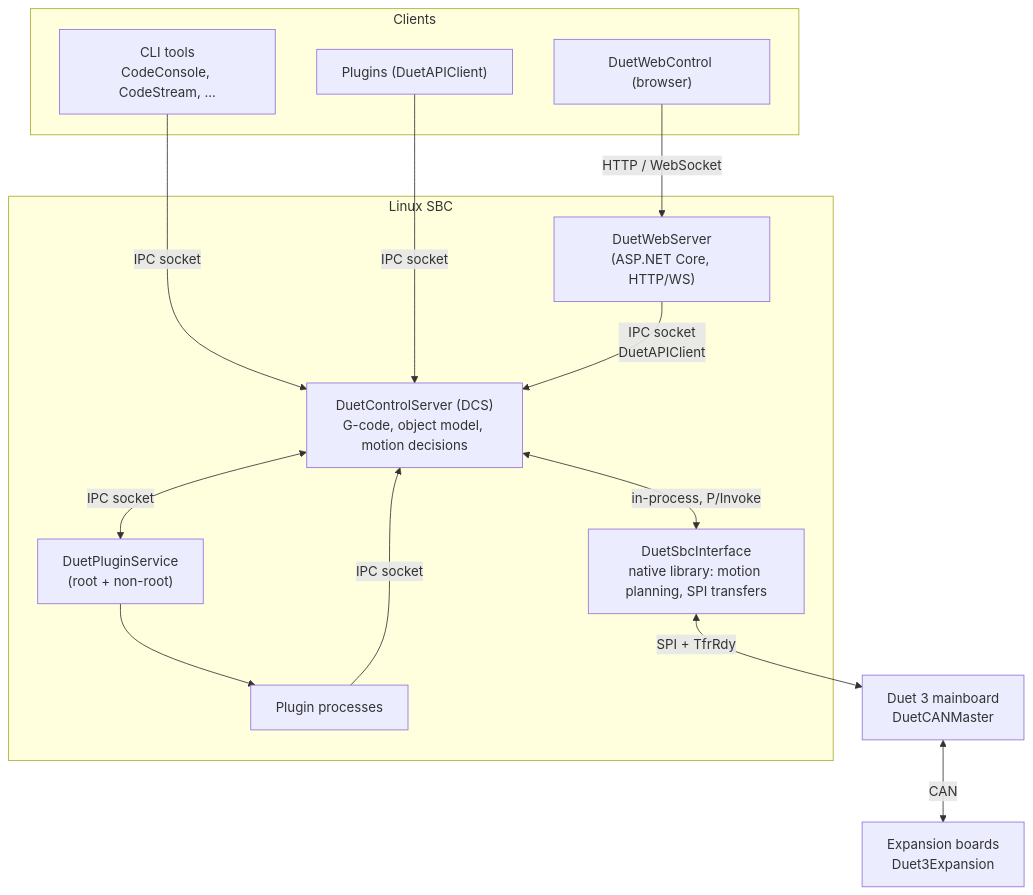
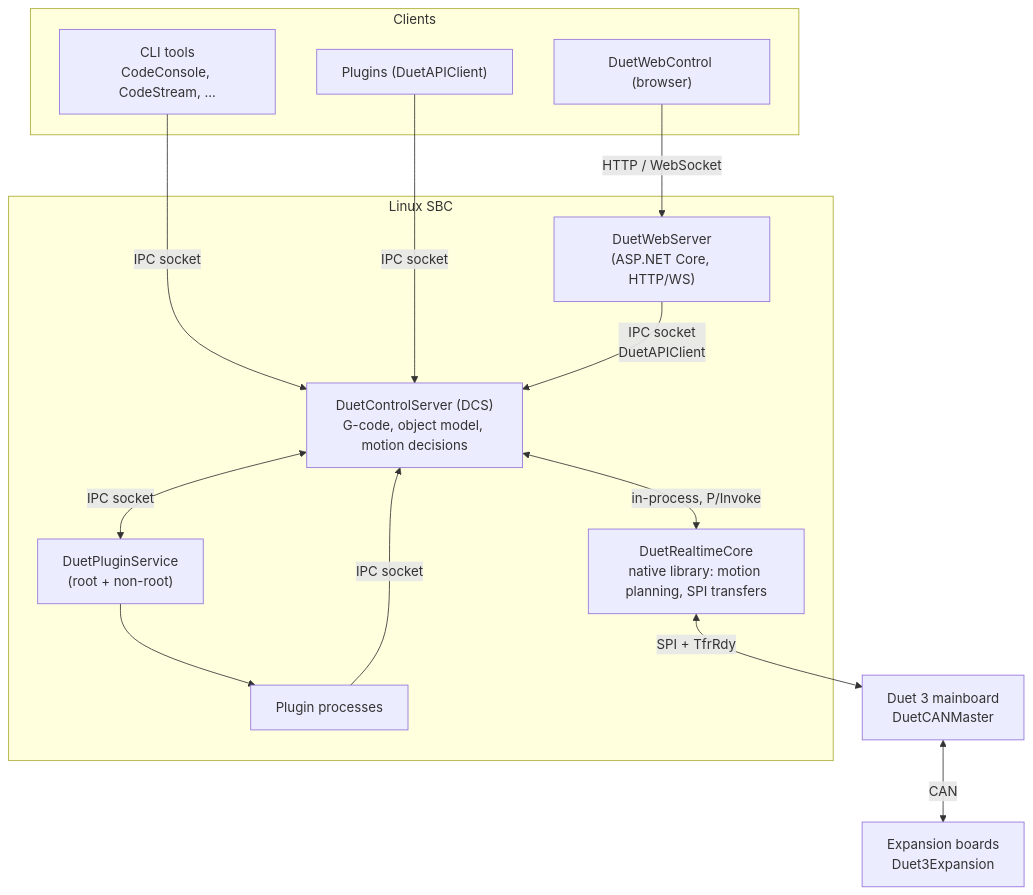
One commit to Duet3D/DuetSoftwareFramework changed the diagram in src/Documentation/articles/intro.md. Above: the diagram before and after it, drawn with Mermaid. The commit also changed other lines of this file and 154 other files, not shown here.

First line of the commit message:
refactor: rename DuetSbcInterface to DuetRealtimeCore

````diff
--- a/src/Documentation/articles/intro.md
+++ b/src/Documentation/articles/intro.md
@@ -38,30 +38,30 @@
 ```mermaid
 flowchart TB
     subgraph clients["Clients"]
         DWC["DuetWebControl (browser)"]
         CLITOOLS["CLI tools<br/>CodeConsole, CodeStream, ..."]
         EXTPLUGIN["Plugins (DuetAPIClient)"]
     end
 
     subgraph sbc["Linux SBC"]
         DWS["DuetWebServer<br/>(ASP.NET Core, HTTP/WS)"]
         DCS["DuetControlServer (DCS)<br/>G-code, object model, motion decisions"]
-        SBCI["DuetSbcInterface<br/>native library: motion planning, SPI transfers"]
+        SBCI["DuetRealtimeCore<br/>native library: motion planning, SPI transfers"]
         DPS["DuetPluginService<br/>(root + non-root)"]
         PLUGINPROC["Plugin processes"]
     end
 
     DUET["Duet 3 mainboard<br/>DuetCANMaster"]
     EXP["Expansion boards<br/>Duet3Expansion"]
 
     DWC -->|HTTP / WebSocket| DWS
     CLITOOLS -->|IPC socket| DCS
     EXTPLUGIN -->|IPC socket| DCS
     DWS -->|IPC socket<br/>DuetAPIClient| DCS
     DCS <-->|IPC socket| DPS
     DPS --> PLUGINPROC
     PLUGINPROC -->|IPC socket| DCS
     DCS <-->|in-process, P/Invoke| SBCI
     SBCI <-->|SPI + TfrRdy| DUET
     DUET <-->|CAN| EXP
 ```
````
